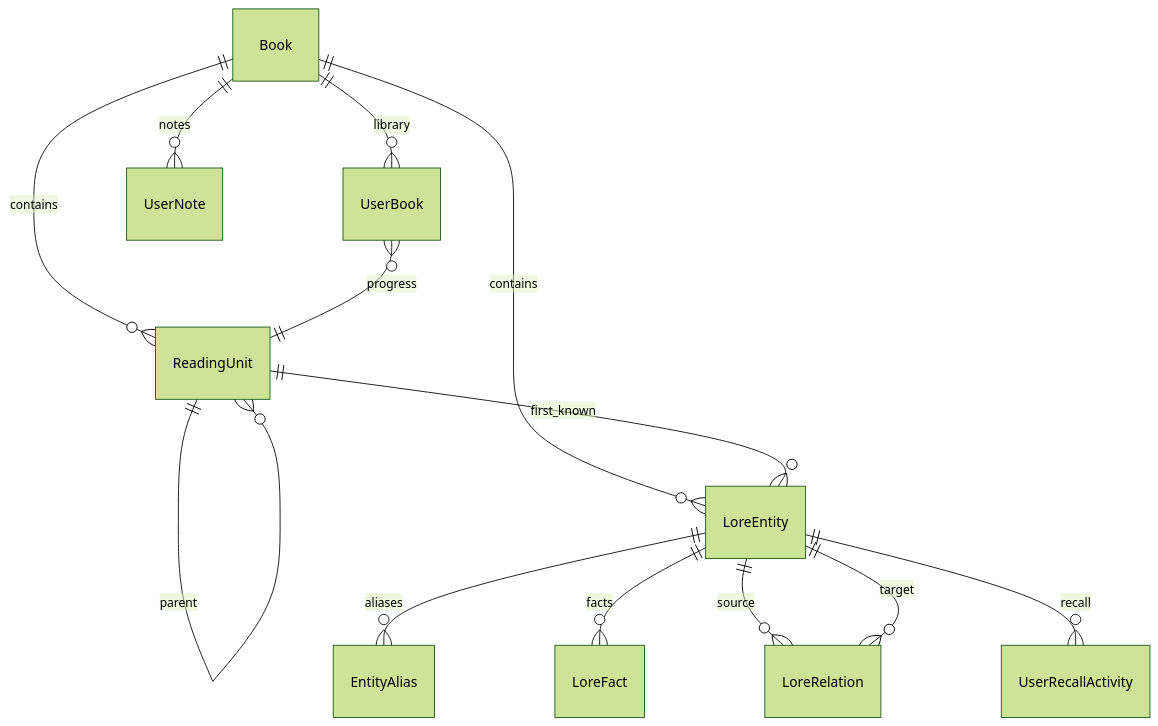
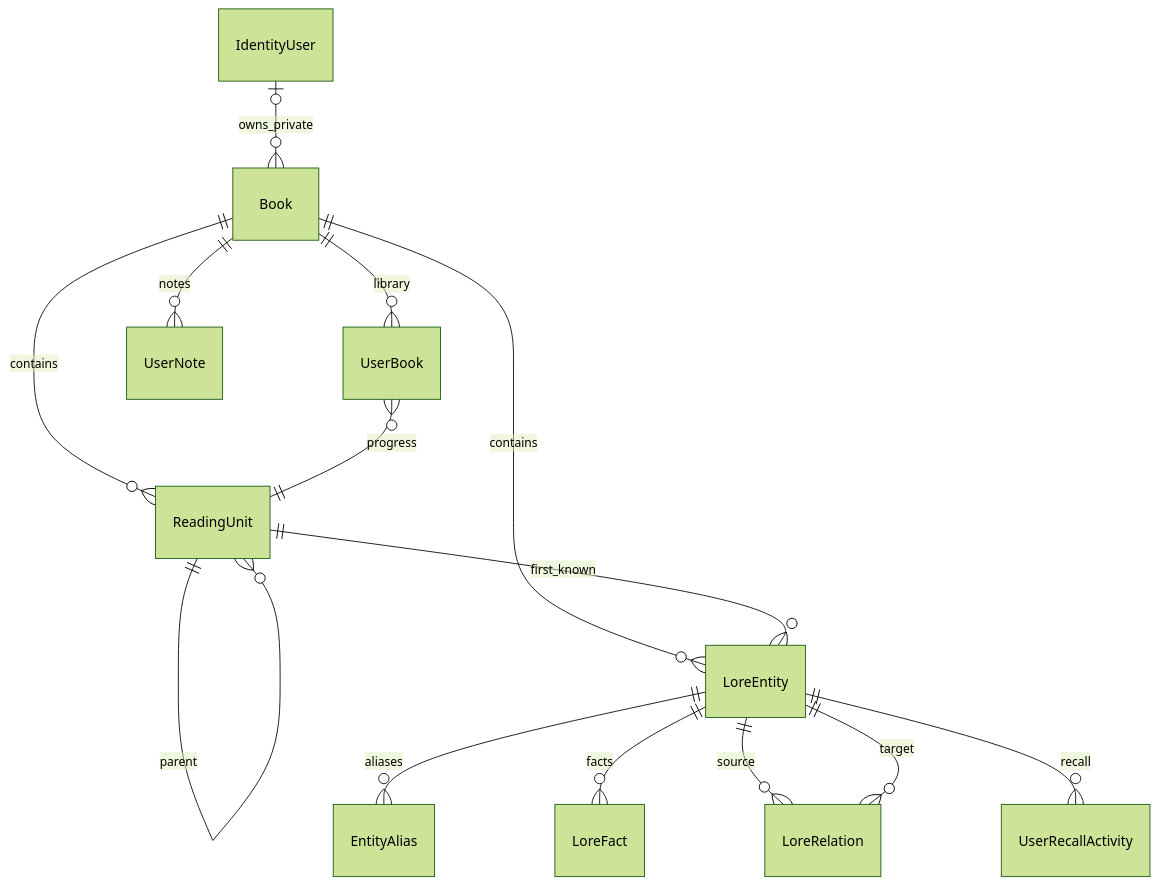
The diagram in docs/domain-model.md (DiogoJP202/Mnemora), drawn with Mermaid (forest theme) before and after one commit. The commit also changed other lines of this file and 40 other files, not shown here.

````diff
--- a/docs/domain-model.md
+++ b/docs/domain-model.md
@@ -3,15 +3,16 @@
 ```mermaid
 erDiagram
   Book ||--o{ ReadingUnit : contains
   Book ||--o{ LoreEntity : contains
   Book ||--o{ UserBook : library
   ReadingUnit ||--o{ ReadingUnit : parent
   ReadingUnit ||--o{ LoreEntity : first_known
   LoreEntity ||--o{ EntityAlias : aliases
   LoreEntity ||--o{ LoreFact : facts
   LoreEntity ||--o{ LoreRelation : source
   LoreEntity ||--o{ LoreRelation : target
   UserBook }o--|| ReadingUnit : progress
   Book ||--o{ UserNote : notes
   LoreEntity ||--o{ UserRecallActivity : recall
+  IdentityUser o|--o{ Book : owns_private
 ```
````
